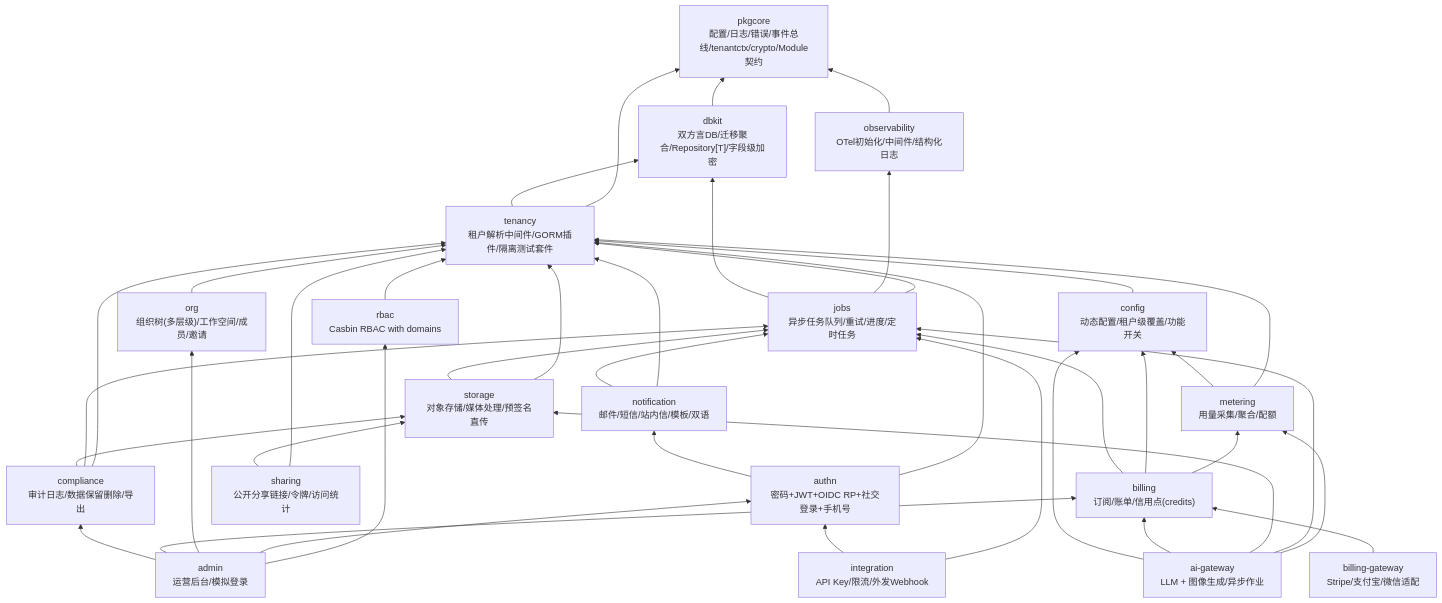
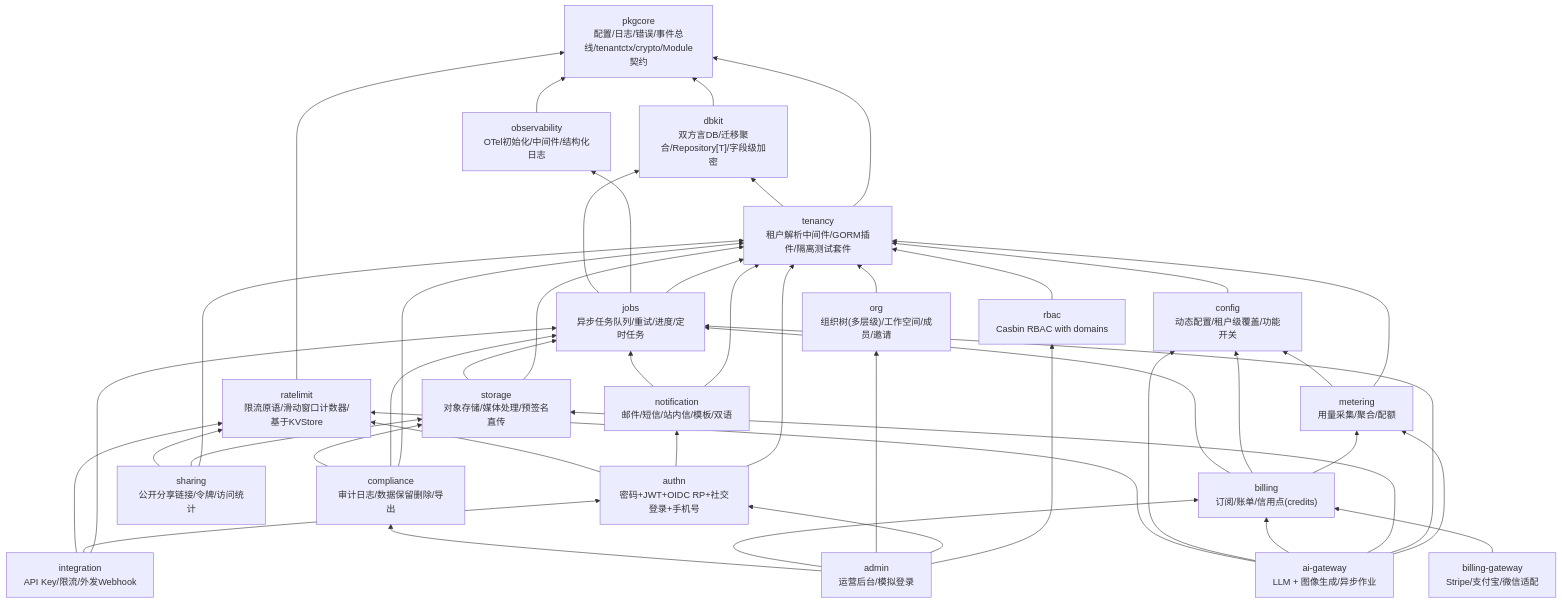
Before and after one commit to vislake/speed: the diagram in docs/internal/01-architecture.md, drawn with Mermaid. The commit also changed 2 other files, not shown here.

First paragraph of the commit message:
docs(internal): record the agreed go/ratelimit module design
Captures the design agreed in discussion for a new go/ratelimit
module, ahead of actually scaffolding and implementing it, so the
API shape doesn't get improvised differently by whichever future
round lands it:

````diff
--- a/docs/internal/01-architecture.md
+++ b/docs/internal/01-architecture.md
@@ -10,62 +10,68 @@
 ```mermaid
 graph BT
     pkgcore["pkgcore<br/>配置/日志/错误/事件总线/tenantctx/crypto/Module契约"]
     dbkit["dbkit<br/>双方言DB/迁移聚合/Repository[T]/字段级加密"]
     obs["observability<br/>OTel初始化/中间件/结构化日志"]
     tenancy["tenancy<br/>租户解析中间件/GORM插件/隔离测试套件"]
+    ratelimit["ratelimit<br/>限流原语/滑动窗口计数器/基于KVStore"]
     cfg["config<br/>动态配置/租户级覆盖/功能开关"]
     jobs["jobs<br/>异步任务队列/重试/进度/定时任务"]
     storage["storage<br/>对象存储/媒体处理/预签名直传"]
     notify["notification<br/>邮件/短信/站内信/模板/双语"]
     authn["authn<br/>密码+JWT+OIDC RP+社交登录+手机号"]
     rbac["rbac<br/>Casbin RBAC with domains"]
     metering["metering<br/>用量采集/聚合/配额"]
     org["org<br/>组织树(多层级)/工作空间/成员/邀请"]
     billing["billing<br/>订阅/账单/信用点(credits)"]
     bgw["billing-gateway<br/>Stripe/支付宝/微信适配"]
     ai["ai-gateway<br/>LLM + 图像生成/异步作业"]
     sharing["sharing<br/>公开分享链接/令牌/访问统计"]
     integ["integration<br/>API Key/限流/外发Webhook"]
     comp["compliance<br/>审计日志/数据保留删除/导出"]
     admin["admin<br/>运营后台/模拟登录"]
 
     dbkit --> pkgcore
     obs --> pkgcore
     tenancy --> pkgcore
     tenancy --> dbkit
+    ratelimit --> pkgcore
     cfg --> tenancy
     jobs --> tenancy
     jobs --> obs
     jobs --> dbkit
     storage --> tenancy
     storage --> jobs
     notify --> tenancy
     notify --> jobs
     authn --> tenancy
     authn --> notify
+    authn --> ratelimit
     rbac --> tenancy
     metering --> tenancy
     metering --> cfg
     org --> tenancy
     billing --> metering
     billing --> cfg
     billing --> jobs
     bgw --> billing
     ai --> metering
     ai --> jobs
     ai --> storage
     ai --> billing
     ai --> cfg
+    ai --> ratelimit
     sharing --> tenancy
     sharing --> storage
+    sharing --> ratelimit
     integ --> jobs
     integ --> authn
+    integ --> ratelimit
     comp --> tenancy
     comp --> jobs
     comp --> storage
     admin --> rbac
     admin --> authn
     admin --> org
     admin --> billing
     admin --> comp
 ```
````
